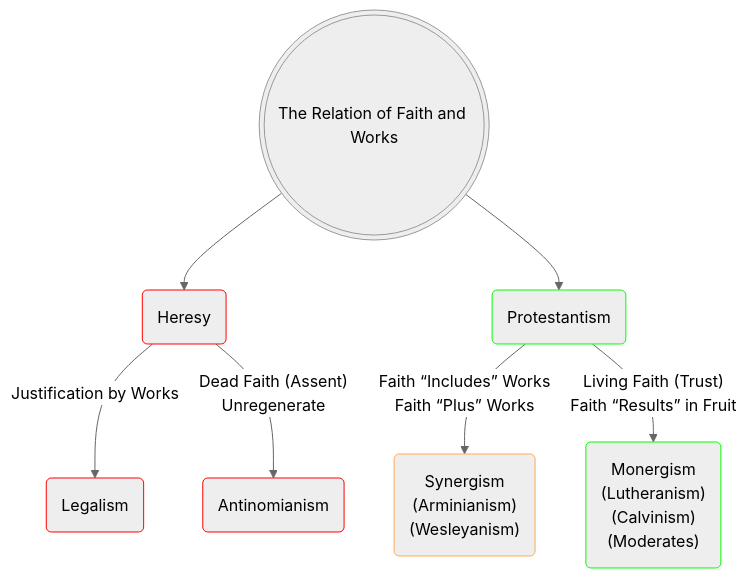
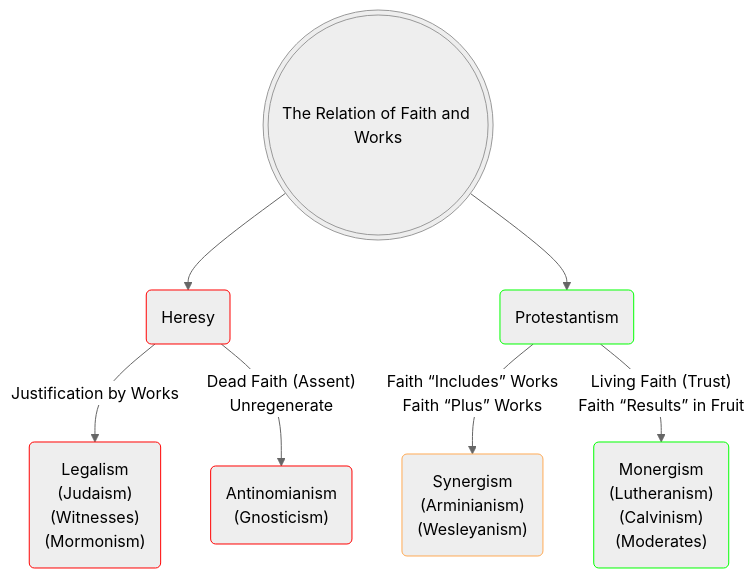
One commit to OrdoLuminis/ordoluminis.github.io changed the diagram in _posts/2025-08-03-historic-protestant-position.markdown. Above: the diagram before and after it, drawn with Mermaid (neutral theme). The commit also changed other lines of this file, not shown here.

````diff
--- a/_posts/2025-08-03-historic-protestant-position.markdown
+++ b/_posts/2025-08-03-historic-protestant-position.markdown
@@ -51,13 +51,13 @@
 ```mermaid
 flowchart TD
     A(((The Relation of Faith and Works)))
     A -->B(Heresy):::red
     A -->C(Protestantism):::green
-    B -->|Justification by Works| D(Legalism):::red
-    B -->|Dead Faith &lpar;Assent&rpar;<br>Unregenerate| G(Antinomianism):::red
+    B -->|Justification by Works| D(Legalism<br>&lpar;Judaism&rpar;<br>&lpar;Witnesses&rpar;<br>&lpar;Mormonism&rpar;):::red
+    B -->|Dead Faith &lpar;Assent&rpar;<br>Unregenerate| G(Antinomianism<br>&lpar;Gnosticism&rpar;):::red
     C -->|Faith &ldquo;Includes&rdquo; Works<br>Faith &ldquo;Plus&rdquo; Works| E(Synergism<br>&lpar;Arminianism&rpar;<br>&lpar;Wesleyanism&rpar;):::blue
     C -->|Living Faith &lpar;Trust&rpar;<br>Faith &ldquo;Results&rdquo; in Fruit| F(Monergism<br>&lpar;Lutheranism&rpar;<br>&lpar;Calvinism&rpar;<br>&lpar;Moderates&rpar;):::green
     classDef red stroke:#f00
     classDef green stroke:#0f0
     classDef blue stroke:#fa5
 ```
````
